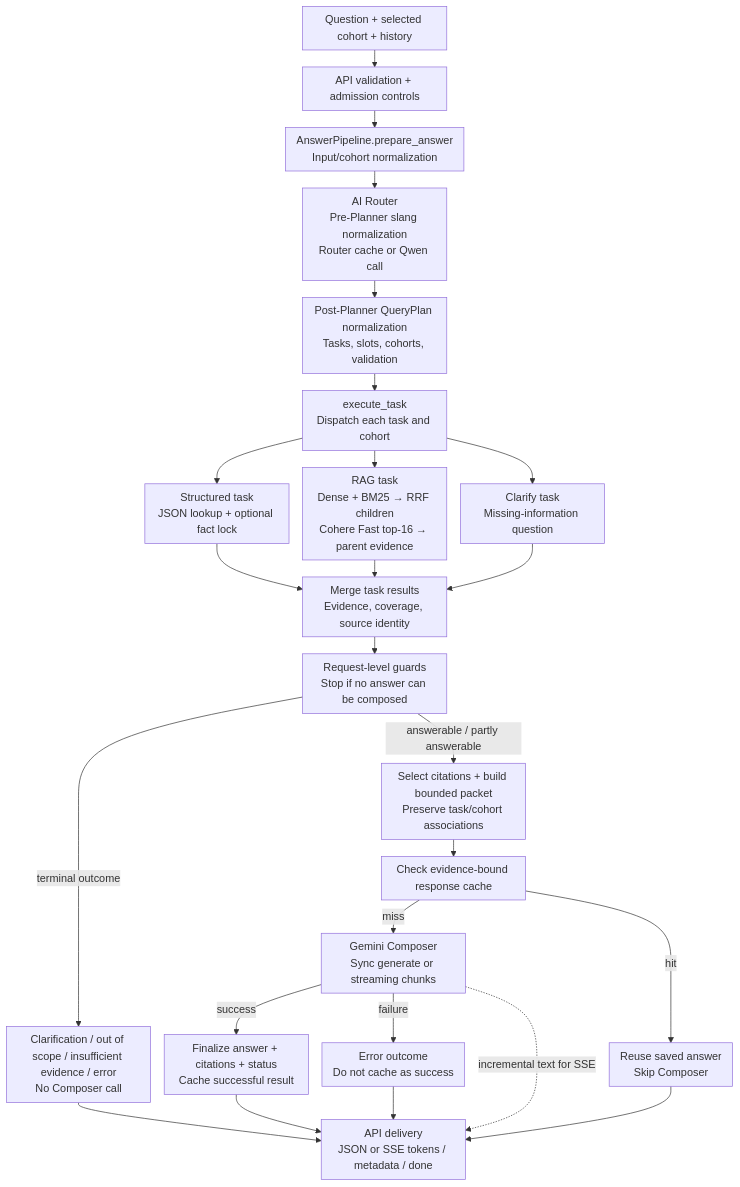
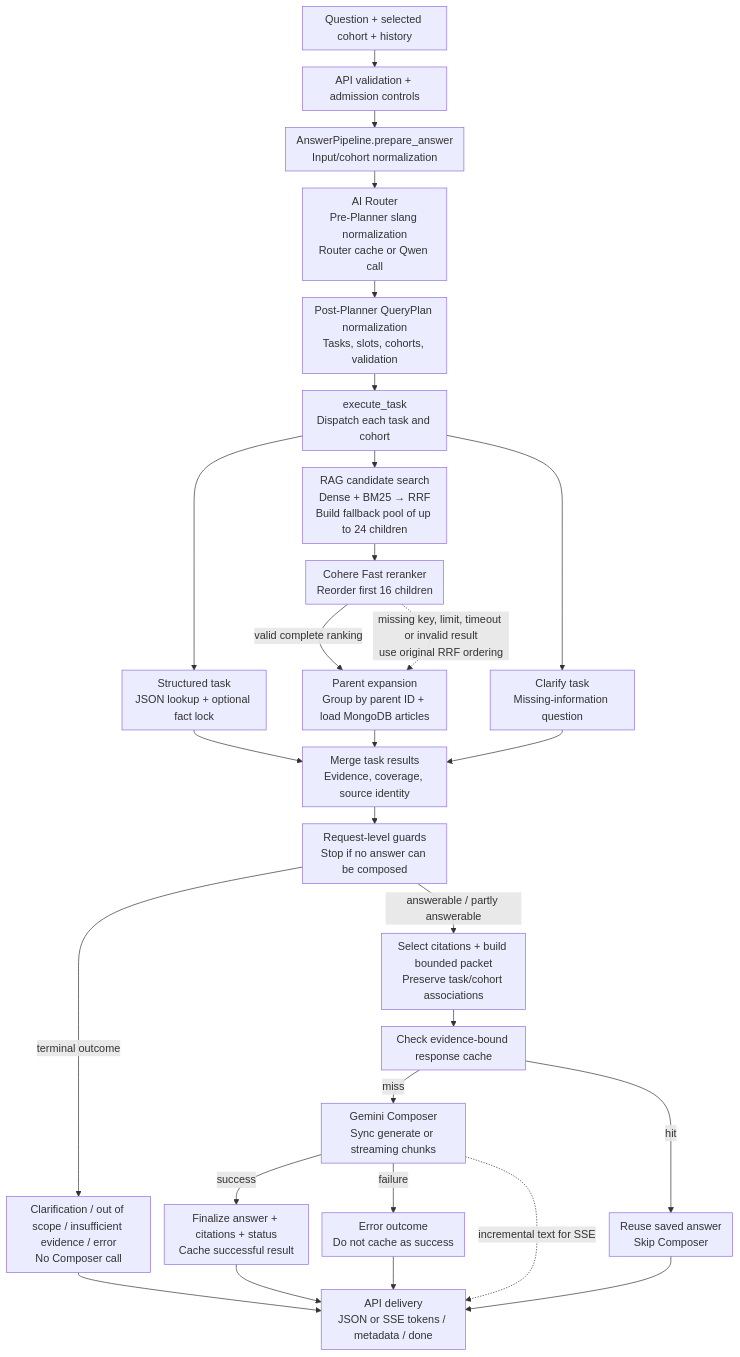
Before and after one commit to AnhPhiNe/student-handbook-rag-chatbot: the second of 5 diagrams in README.md, drawn with Mermaid. The commit also changed other lines of this file, not shown here.

Commit message:
docs: clarify reranker runtime contract

```diff
--- a/README.md
+++ b/README.md
@@ -218,28 +224,31 @@
 ~~~mermaid
 %%{init: {"flowchart": {"wrappingWidth": 180, "nodeSpacing": 20, "rankSpacing": 25, "padding": 8}}}%%
 flowchart TD
     Input["Question + selected cohort + history"] --> API["API validation + admission controls"]
     API --> Prepare["AnswerPipeline.prepare_answer<br/>Input/cohort normalization"]
     Prepare --> Planner["AI Router<br/>Pre-Planner slang normalization<br/>Router cache or Qwen call"]
     Planner --> Normalize["Post-Planner QueryPlan normalization<br/>Tasks, slots, cohorts, validation"]
     Normalize --> Execute["execute_task<br/>Dispatch each task and cohort"]
     Execute --> Structured["Structured task<br/>JSON lookup + optional fact lock"]
-    Execute --> RAG["RAG task<br/>Dense + BM25 → RRF children<br/>Cohere Fast top-16 → parent evidence"]
+    Execute --> Search["RAG candidate search<br/>Dense + BM25 → RRF<br/>Build fallback pool of up to 24 children"]
+    Search --> Rerank["Cohere Fast reranker<br/>Reorder first 16 children"]
+    Rerank -->|valid complete ranking| Parent["Parent expansion<br/>Group by parent ID + load MongoDB articles"]
+    Rerank -.->|missing key, limit, timeout or invalid result<br/>use original RRF ordering| Parent
     Execute --> Clarify["Clarify task<br/>Missing-information question"]
     Structured --> Merge["Merge task results<br/>Evidence, coverage, source identity"]
-    RAG --> Merge
+    Parent --> Merge
     Clarify --> Merge
     Merge --> Guard["Request-level guards<br/>Stop if no answer can be composed"]
     Guard -->|terminal outcome| Terminal["Clarification / out of scope / insufficient evidence / error<br/>No Composer call"]
     Guard -->|answerable / partly answerable| Packet["Select citations + build bounded packet<br/>Preserve task/cohort associations"]
     Packet --> Cache["Check evidence-bound response cache"]
     Cache -->|miss| Compose["Gemini Composer<br/>Sync generate or streaming chunks"]
     Cache -->|hit| Reuse["Reuse saved answer<br/>Skip Composer"]
     Compose -->|success| Final["Finalize answer + citations + status<br/>Cache successful result"]
     Compose -->|failure| Failure["Error outcome<br/>Do not cache as success"]
     Compose -. incremental text for SSE .-> Output["API delivery<br/>JSON or SSE tokens / metadata / done"]
     Final --> Output
     Terminal --> Output
     Reuse --> Output
     Failure --> Output
 ~~~
```
